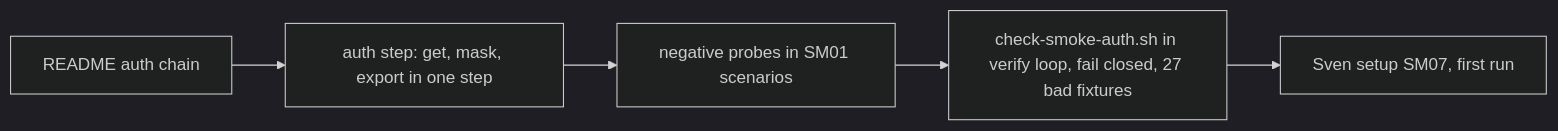
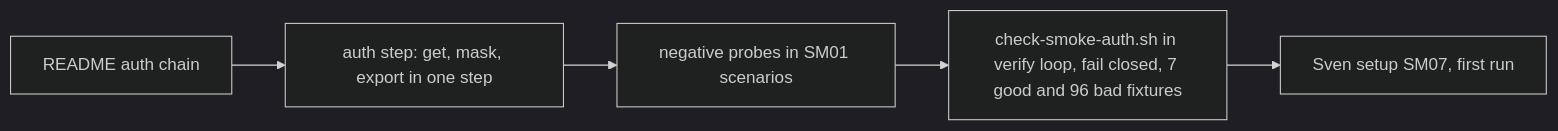
One commit to svennijhuis/agentic-workflows changed the second of 2 diagrams in docs/pbi/smoke/SM04.md. Above: the diagram before and after it, drawn with Mermaid (dark theme). The commit also changed other lines of this file and 22 other files, not shown here.

Commit message:
SM04c: check-smoke-auth fails closed on Cursor 5724845468 gaps, 15 bad and 2 good fixtures

````diff
--- a/docs/pbi/smoke/SM04.md
+++ b/docs/pbi/smoke/SM04.md
@@ -140,7 +140,7 @@
 ```mermaid
 flowchart LR
   S1[README auth chain] --> S2[auth step: get, mask, export in one step]
   S2 --> S3[negative probes in SM01 scenarios]
-  S3 --> S4[check-smoke-auth.sh in verify loop, fail closed, 27 bad fixtures]
+  S3 --> S4[check-smoke-auth.sh in verify loop, fail closed, 7 good and 96 bad fixtures]
   S4 --> S5[Sven setup SM07, first run]
 ```
````
